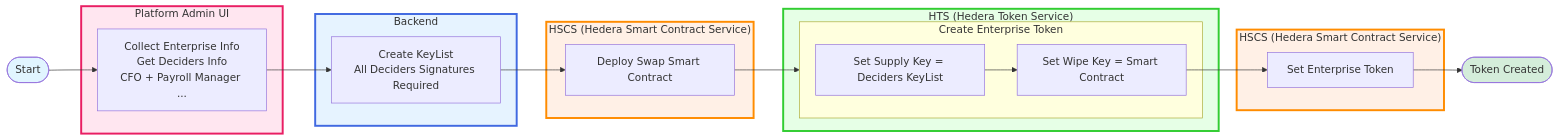
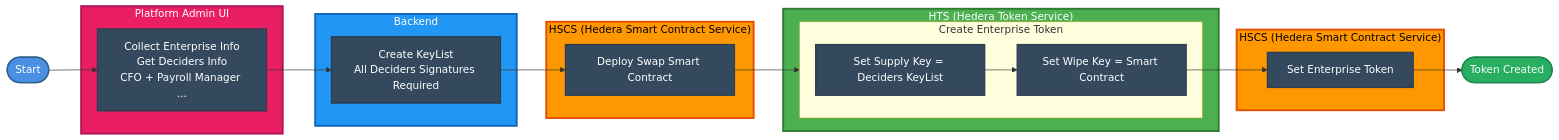
Before and after one commit to abdop/TARWIJ_EWA_V6: the first of 5 diagrams in README.md, drawn with Mermaid. The commit also changed other lines of this file, not shown here.

````diff
--- a/README.md
+++ b/README.md
@@ -275,50 +275,51 @@
 ```mermaid
 graph LR
     T1([Start]) --> T2[Collect Enterprise Info<br/>Get Deciders Info<br/>CFO + Payroll Manager ...]
     T2 --> T5[Create KeyList<br/>All Deciders Signatures Required]
     T5 --> T6[Deploy Swap Smart Contract]
     T6 --> T7[Create Enterprise Token]
     T8 --> T9[Set Wipe Key = Smart Contract]
     T9 --> T10[Set Enterprise Token]
     T10 --> T11([Token Created])
 
     subgraph PlatformUI[" Platform Admin UI "]
         T2
     end
 
     subgraph Backend[" Backend "]
         T5
     end
 
     subgraph HSCS-1[" HSCS (Hedera Smart Contract Service) "]
         T6
     end
 
     subgraph HSCS-2[" HSCS (Hedera Smart Contract Service) "]
         T10
     end
 
     subgraph T7[" Create Enterprise Token "]
         T8[Set Supply Key = Deciders KeyList]
         T9
     end
 
     subgraph HTS[" HTS (Hedera Token Service) "]
        T7
     end
-classDef startNode fill:#e1f5ff
-classDef rejectNode fill:#f8d7da
-classDef successNode fill:#d4edda
-classDef employeeZone fill:#ffe6f0,stroke:#E91E63,stroke-width:3px
-classDef backendZone fill:#e6f3ff,stroke:#4169E1,stroke-width:3px
-classDef deciderZone fill:#fff0e6,stroke:#FF8C00,stroke-width:3px
-classDef hederaZone fill:#e6ffe6,stroke:#32CD32,stroke-width:3px
 
-class T1 startNode
-class T11 successNode
-class PlatformUI employeeZone
-class Backend backendZone
-class HSCS-1,HSCS-2 deciderZone
-class HTS hederaZone
+    classDef startNode fill:#4A90E2,stroke:#2E5C8A,stroke-width:2px,color:#fff
+    classDef successNode fill:#27AE60,stroke:#1E8449,stroke-width:2px,color:#fff
+    classDef employeeZone fill:#E91E63,stroke:#AD1457,stroke-width:3px,color:#fff
+    classDef backendZone fill:#2196F3,stroke:#1565C0,stroke-width:3px,color:#fff
+    classDef deciderZone fill:#FF9800,stroke:#E65100,stroke-width:3px,color:#000
+    classDef hederaZone fill:#4CAF50,stroke:#2E7D32,stroke-width:3px,color:#fff
+    classDef normalNode fill:#34495E,stroke:#2C3E50,stroke-width:2px,color:#fff
 
+    class T1 startNode
+    class T11 successNode
+    class T2,T5,T6,T8,T9,T10 normalNode
+    class PlatformUI employeeZone
+    class Backend backendZone
+    class HSCS-1,HSCS-2 deciderZone
+    class HTS hederaZone
 ```
````
